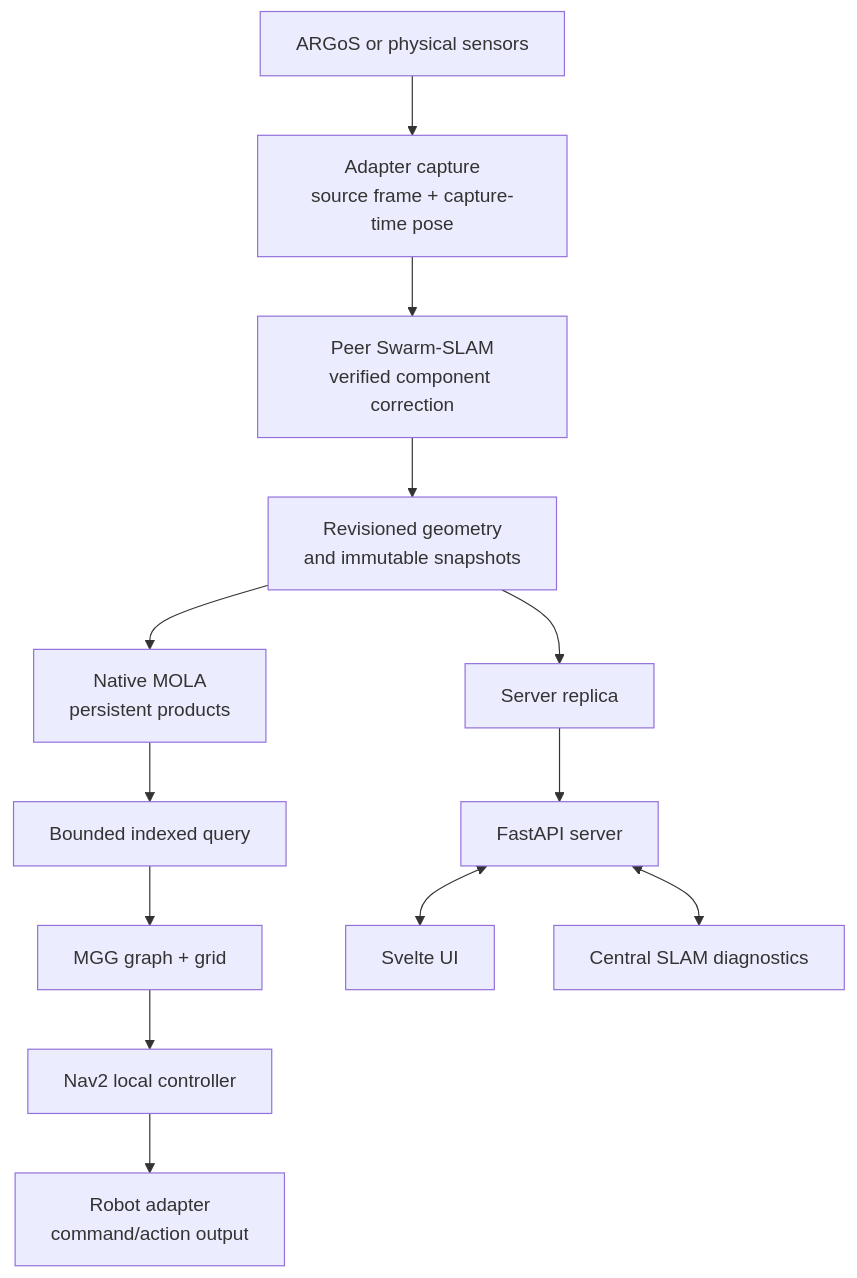
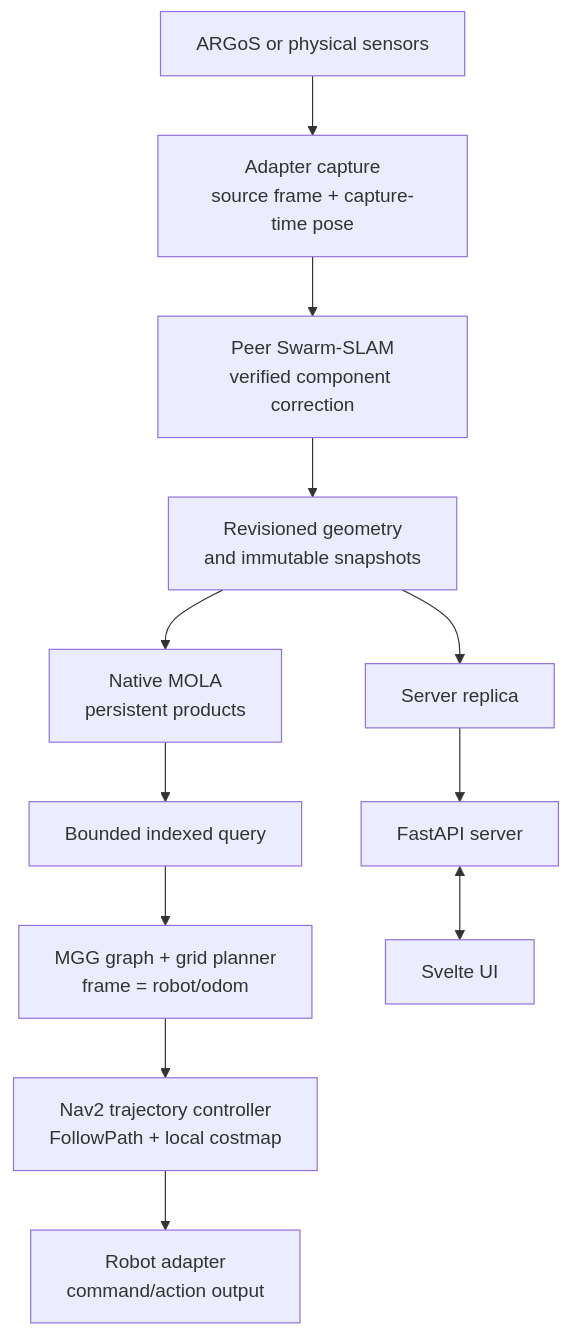
One commit to SimonR99/swarmdeck changed the diagram in docs/plan.md. Above: the diagram before and after it, drawn with Mermaid. The commit also changed other lines of this file and 292 other files, not shown here.

````diff
--- a/docs/plan.md
+++ b/docs/plan.md
@@ -15,15 +15,14 @@
 ```mermaid
 flowchart TB
   Sensors["ARGoS or physical sensors"] --> Capture["Adapter capture<br/>source frame + capture-time pose"]
   Capture --> Peer["Peer Swarm-SLAM<br/>verified component correction"]
   Peer --> Chunks["Revisioned geometry<br/>and immutable snapshots"]
   Chunks --> MOLA["Native MOLA<br/>persistent products"]
   MOLA --> Query["Bounded indexed query"]
-  Query --> MGG["MGG graph + grid"]
-  MGG --> Nav2["Nav2 local controller"]
+  Query --> MGG["MGG graph + grid planner<br/>frame = robot/odom"]
+  MGG --> Nav2["Nav2 trajectory controller<br/>FollowPath + local costmap"]
   Nav2 --> Adapter["Robot adapter<br/>command/action output"]
   Chunks --> Replica["Server replica"]
   Replica --> Server["FastAPI server"]
   Server <--> UI["Svelte UI"]
-  Server <--> SLAM["Central SLAM diagnostics"]
 ```
````
